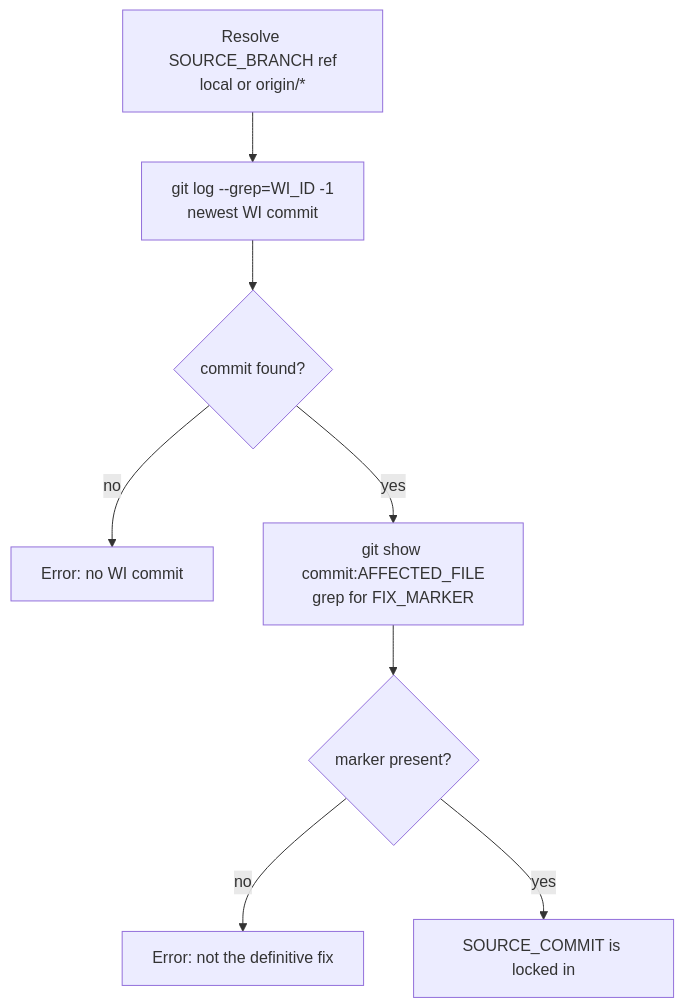
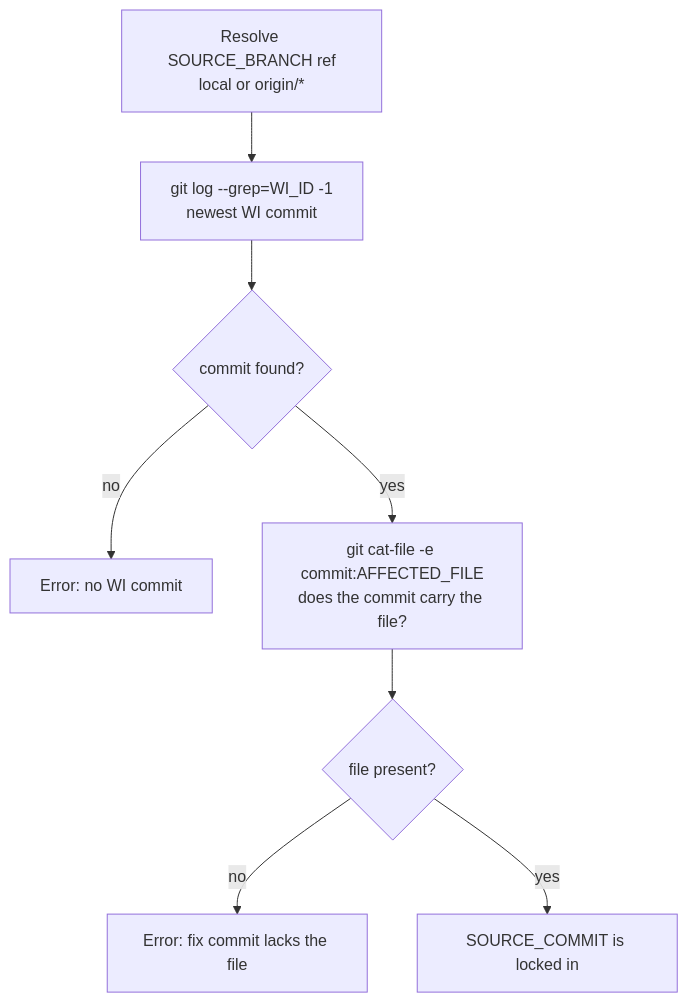
One commit to MajedSaade/kla-complex-test-repo changed the third of 9 diagrams in ARCHITECTURE.md. Above: the diagram before and after it, drawn with Mermaid. The commit also changed other lines of this file and 3 other files, not shown here.

````diff
--- a/ARCHITECTURE.md
+++ b/ARCHITECTURE.md
@@ -212,10 +214,10 @@
 ```mermaid
 flowchart TD
     A[Resolve SOURCE_BRANCH ref<br/>local or origin/*] --> B["git log --grep=WI_ID -1<br/>newest WI commit"]
     B --> C{commit found?}
-    C -- no --> X[Error: no WI commit] 
-    C -- yes --> D["git show commit:AFFECTED_FILE<br/>grep for FIX_MARKER"]
-    D --> E{marker present?}
-    E -- no --> Y[Error: not the definitive fix]
+    C -- no --> X[Error: no WI commit]
+    C -- yes --> D["git cat-file -e commit:AFFECTED_FILE<br/>does the commit carry the file?"]
+    D --> E{file present?}
+    E -- no --> Y[Error: fix commit lacks the file]
     E -- yes --> F[SOURCE_COMMIT is locked in]
 ```
````
